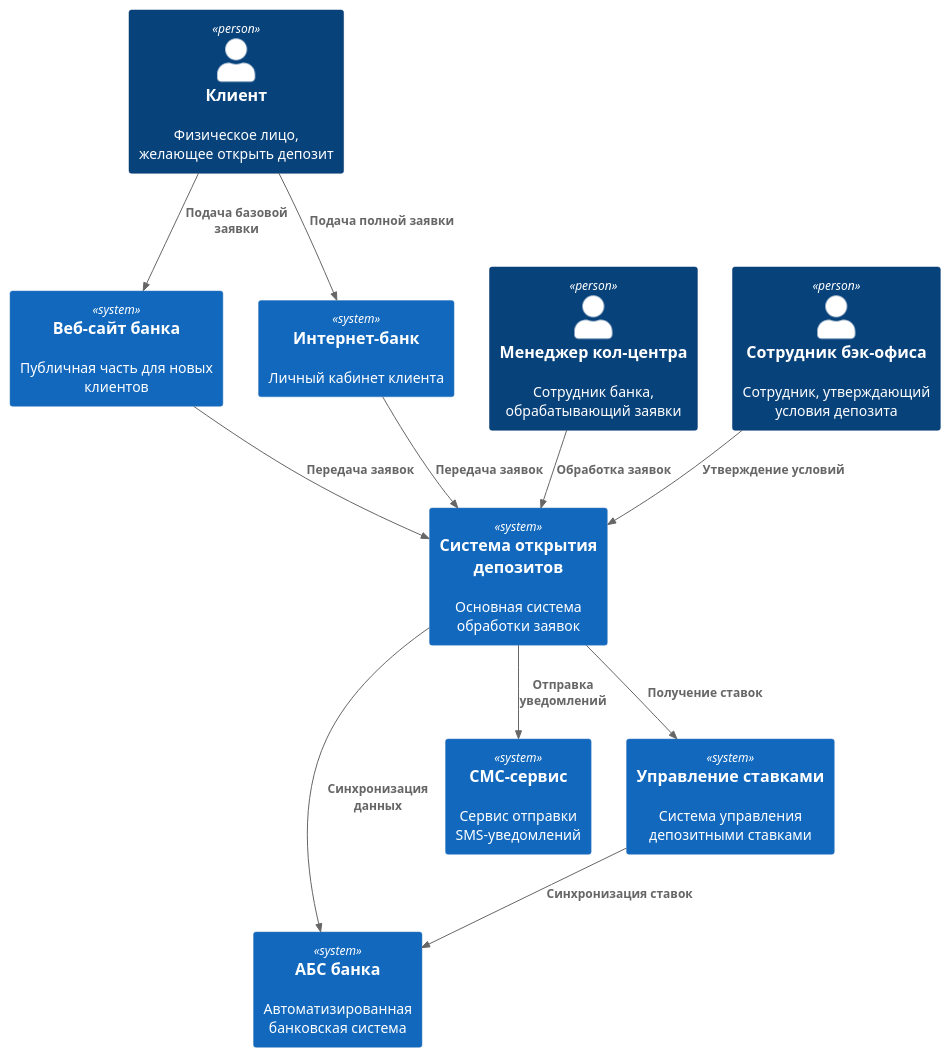
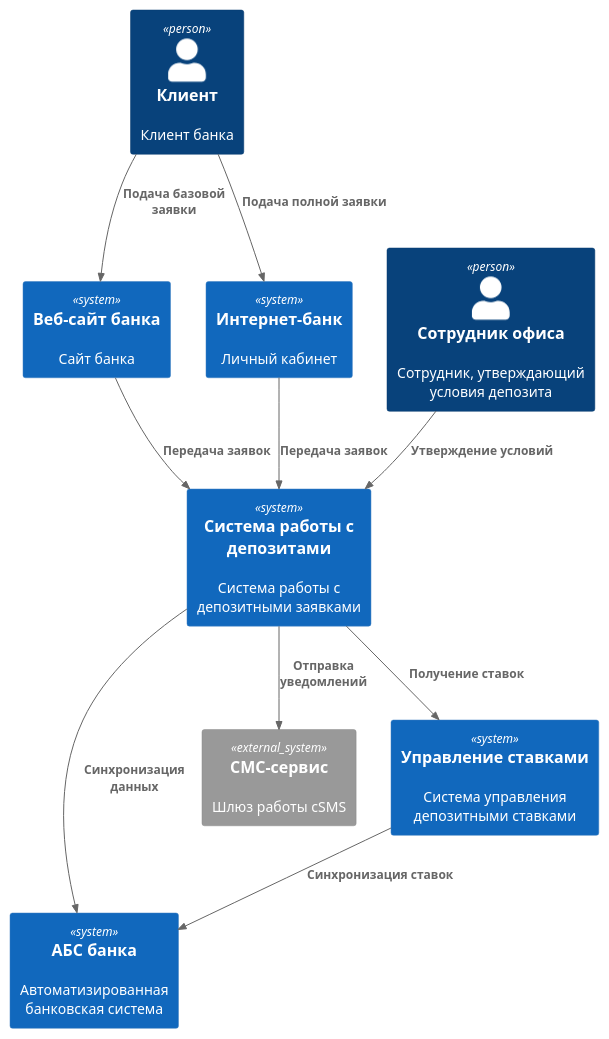
Before and after one commit to grem0087/architecture-pro-standart: the diagram in Task3/contexts.puml, drawn with PlantUML. The commit also changed 4 other files, not shown here.

```diff
--- a/Task3/contexts.puml
+++ b/Task3/contexts.puml
@@ -1,37 +1,33 @@
 @startuml context_diagram
 !include https://raw.githubusercontent.com/plantuml-stdlib/C4-PlantUML/master/C4_Context.puml
 
 
-Person(customer, "Клиент", "Физическое лицо, желающее открыть депозит")
-Person(manager, "Менеджер кол-центра", "Сотрудник банка, обрабатывающий заявки")
-Person(backoffice, "Сотрудник бэк-офиса", "Сотрудник, утверждающий условия депозита")
+Person(customer, "Клиент", "Клиент банка")
+Person(stuff, "Сотрудник офиса", "Сотрудник, утверждающий условия депозита")
 
-' Системы
-System(web_site, "Веб-сайт банка", "Публичная часть для новых клиентов")
+System(web_site, "Веб-сайт банка", "Сайт банка")
 
-System(internet_bank, "Интернет-банк", "Личный кабинет клиента")
+System(internet_bank, "Интернет-банк", "Личный кабинет")
 
-System(deposit_system, "Система открытия депозитов", "Основная система обработки заявок")
+System(deposit_system, "Система работы с депозитами", "Система работы с депозитными заявками")
 
 System(abs, "АБС банка", "Автоматизированная банковская система")
 
-System(sms_service, "СМС-сервис", "Сервис отправки SMS-уведомлений")
+System_Ext(sms_service, "СМС-сервис", "Шлюз работы сSMS")
 System(rate_management, "Управление ставками", "Система управления депозитными ставками")
 
-' Отношения
 Rel(customer, web_site, "Подача базовой заявки")
 Rel(customer, internet_bank, "Подача полной заявки")
 
 Rel(web_site, deposit_system, "Передача заявок")
 Rel(internet_bank, deposit_system, "Передача заявок")
 
-Rel(manager, deposit_system, "Обработка заявок")
-Rel(backoffice, deposit_system, "Утверждение условий")
+Rel(stuff, deposit_system, "Утверждение условий")
 
 Rel(deposit_system, abs, "Синхронизация данных")
 Rel(deposit_system, sms_service, "Отправка уведомлений")
 Rel(deposit_system, rate_management, "Получение ставок")
 
 Rel(rate_management, abs, "Синхронизация ставок")
 
 @enduml
```
